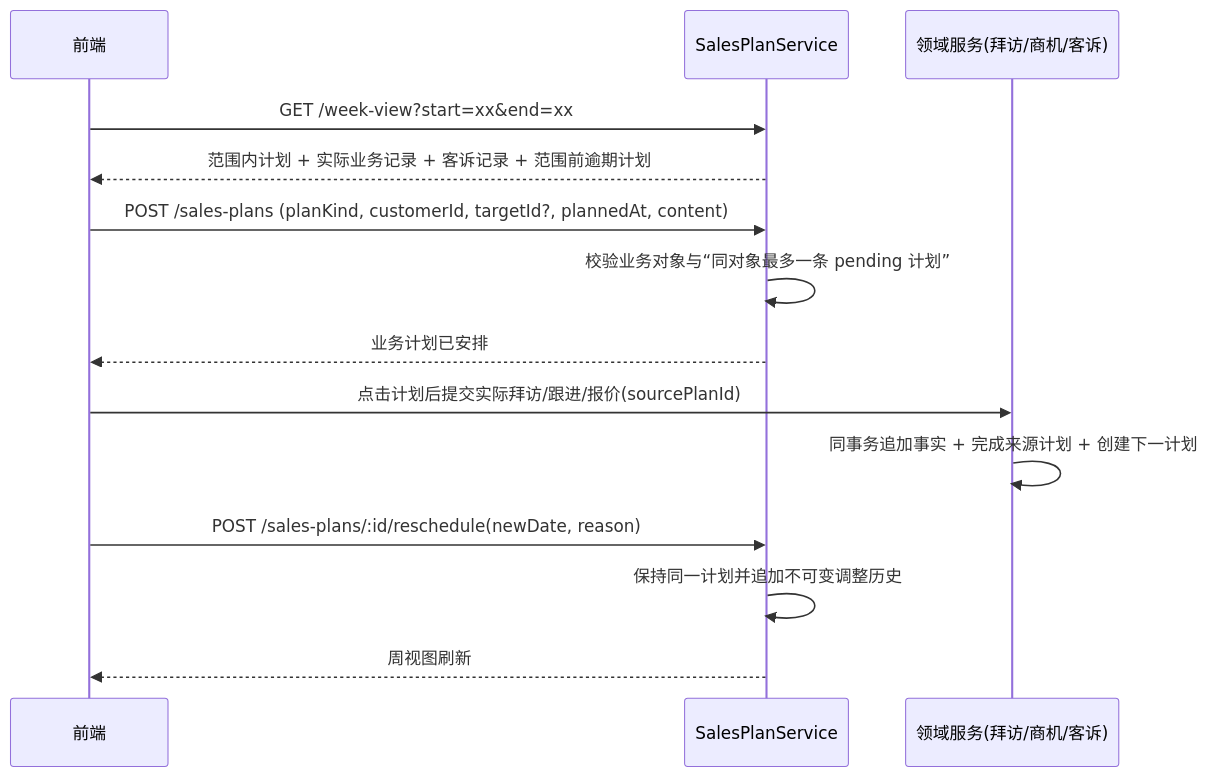
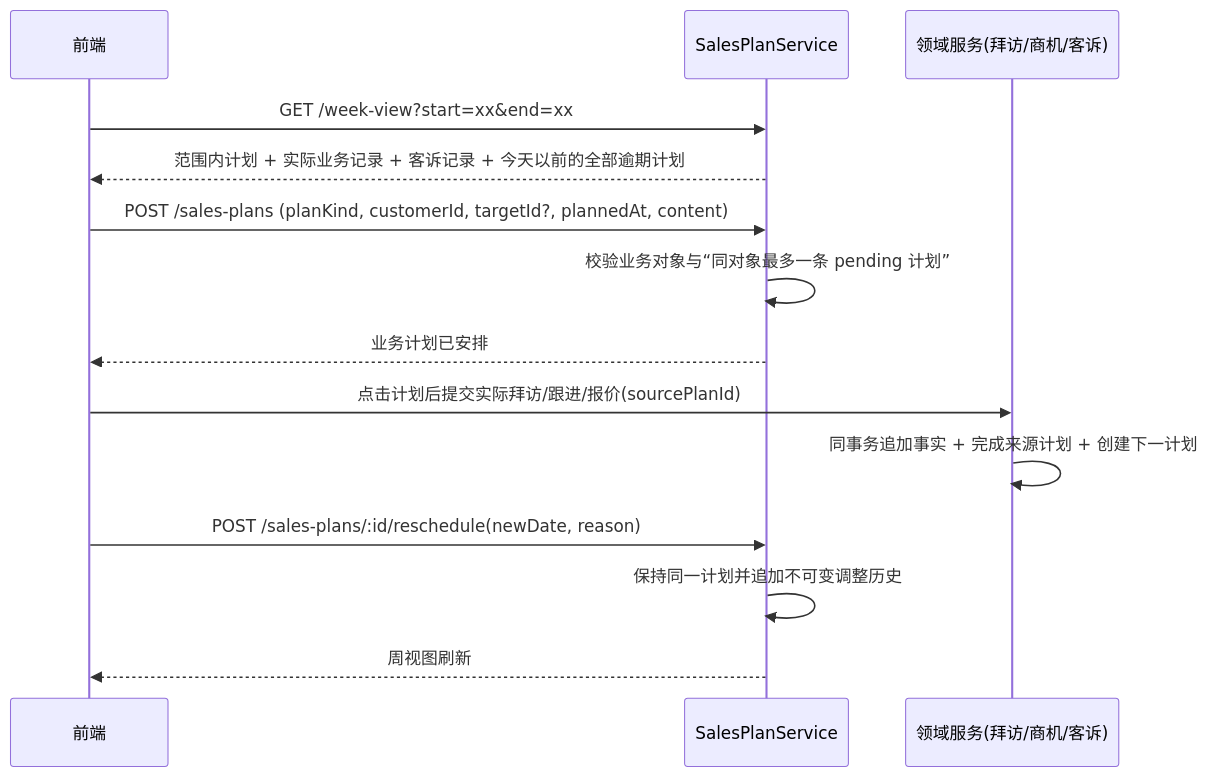
Before and after one commit to lixiname/LITECRM: diagram 21 of 26 in docs/01-当前有效/重构架构决策与实施蓝图.md, drawn with Mermaid. The commit also changed other lines of this file and 7 other files, not shown here.

````diff
--- a/docs/01-当前有效/重构架构决策与实施蓝图.md
+++ b/docs/01-当前有效/重构架构决策与实施蓝图.md
@@ -1312,16 +1312,16 @@
 ```mermaid
 sequenceDiagram
     participant C as 前端
     participant P as SalesPlanService
     participant B as 领域服务(拜访/商机/客诉)
     C->>P: GET /week-view?start=xx&end=xx
-    P-->>C: 范围内计划 + 实际业务记录 + 客诉记录 + 范围前逾期计划
+    P-->>C: 范围内计划 + 实际业务记录 + 客诉记录 + 今天以前的全部逾期计划
     C->>P: POST /sales-plans (planKind, customerId, targetId?, plannedAt, content)
     P->>P: 校验业务对象与“同对象最多一条 pending 计划”
     P-->>C: 业务计划已安排
     C->>B: 点击计划后提交实际拜访/跟进/报价(sourcePlanId)
     B->>B: 同事务追加事实 + 完成来源计划 + 创建下一计划
     C->>P: POST /sales-plans/:id/reschedule(newDate, reason)
     P->>P: 保持同一计划并追加不可变调整历史
     P-->>C: 周视图刷新
 ```
````
